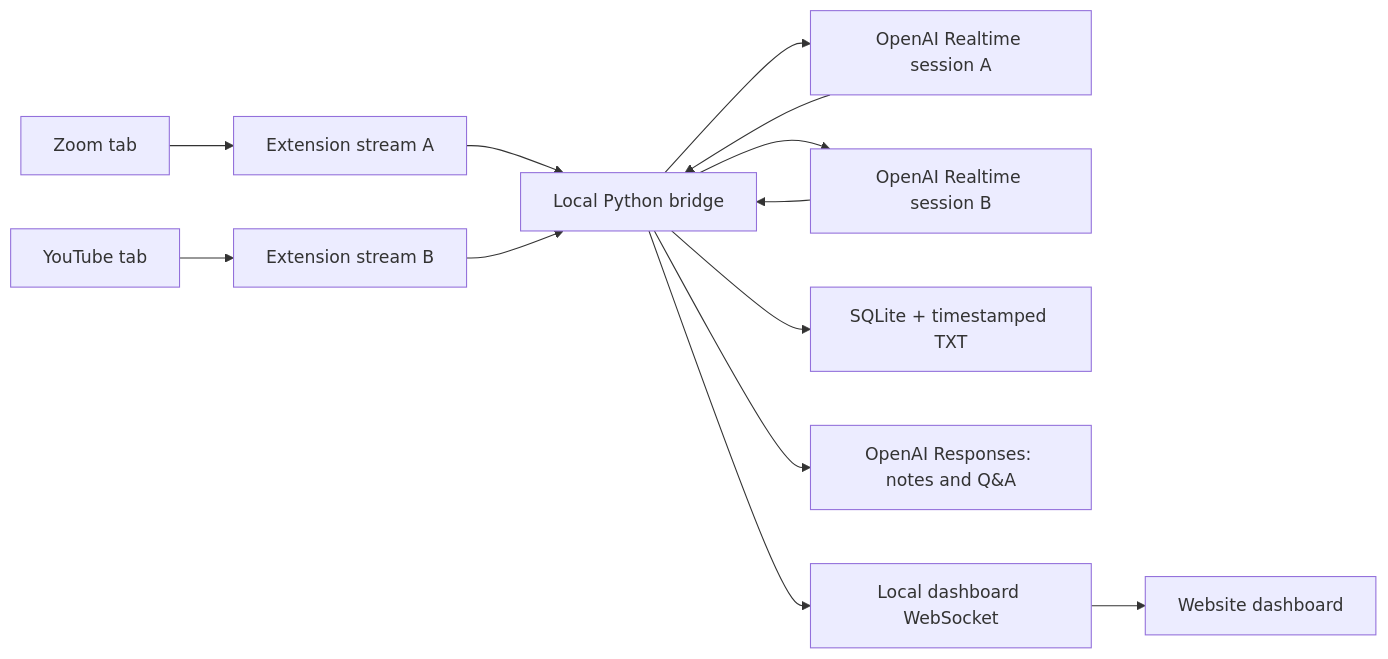
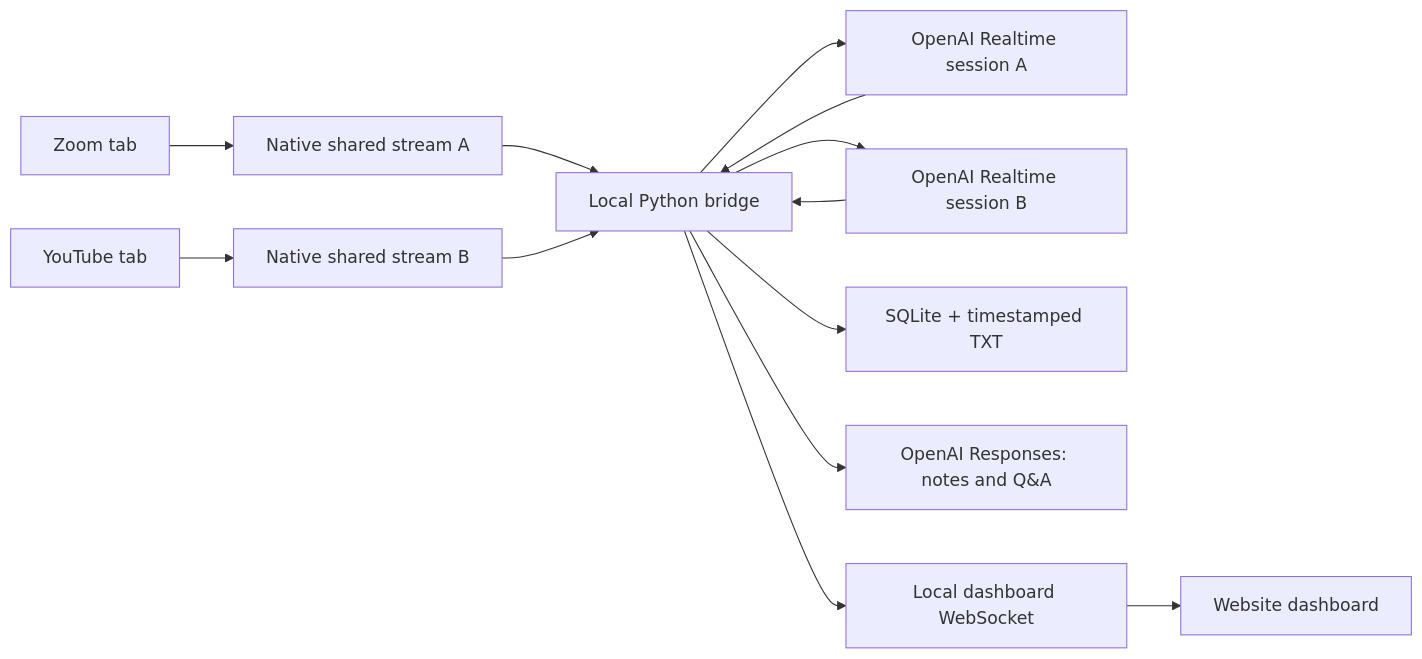
The diagram in README.md (TheRealStubbornDeveloper/DaListener), drawn with Mermaid before and after one commit. The commit also changed other lines of this file and 48 other files, not shown here.

````diff
--- a/README.md
+++ b/README.md
@@ -49,15 +50,15 @@
 ```mermaid
 flowchart LR
-    A["Zoom tab"] --> EA["Extension stream A"]
-    B["YouTube tab"] --> EB["Extension stream B"]
+    A["Zoom tab"] --> EA["Native shared stream A"]
+    B["YouTube tab"] --> EB["Native shared stream B"]
     EA --> P["Local Python bridge"]
     EB --> P
     P --> RA["OpenAI Realtime session A"]
     P --> RB["OpenAI Realtime session B"]
     RA --> P
     RB --> P
     P --> DB["SQLite + timestamped TXT"]
     P --> AI["OpenAI Responses: notes and Q&A"]
     P --> WS["Local dashboard WebSocket"]
     WS --> UI["Website dashboard"]
 ```
````
